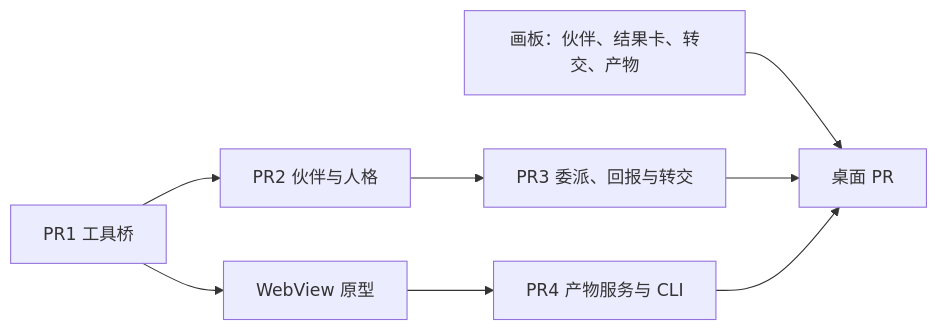
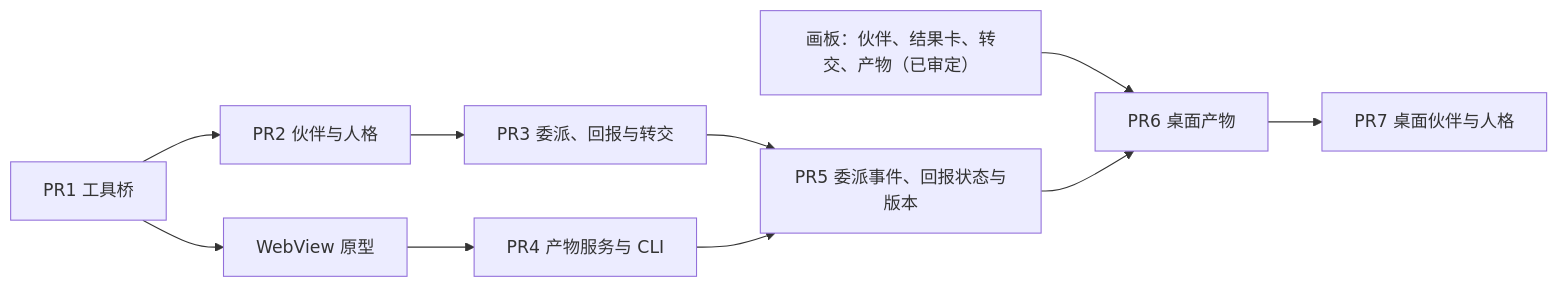
One commit to yangflow/hoplet changed the diagram in docs/plans/m4a-overview.md. Above: the diagram before and after it, drawn with Mermaid. The commit also changed other lines of this file and 3 other files, not shown here.

````diff
--- a/docs/plans/m4a-overview.md
+++ b/docs/plans/m4a-overview.md
@@ -46,9 +46,10 @@
 ```mermaid
 flowchart LR
     P1["PR1 工具桥"] --> P2["PR2 伙伴与人格"]
     P2 --> P3["PR3 委派、回报与转交"]
     P1 --> Proto["WebView 原型"] --> P4["PR4 产物服务与 CLI"]
-    C["画板：伙伴、结果卡、转交、产物"] --> D["桌面 PR"]
-    P3 --> D
-    P4 --> D
+    C["画板：伙伴、结果卡、转交、产物（已审定）"] --> P6
+    P3 --> P5["PR5 委派事件、回报状态与版本"]
+    P4 --> P5
+    P5 --> P6["PR6 桌面产物"] --> P7["PR7 桌面伙伴与人格"]
 ```
````
